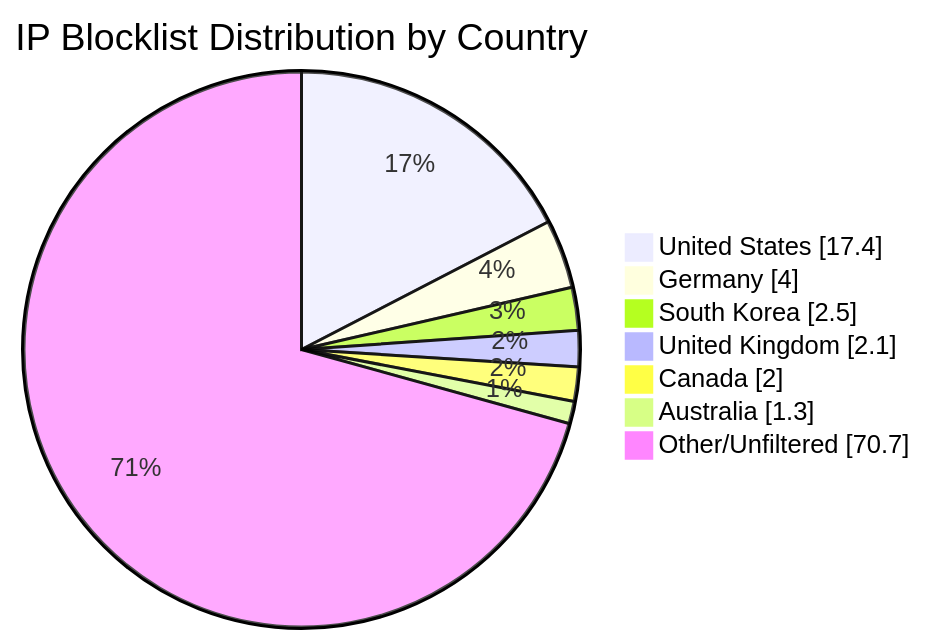
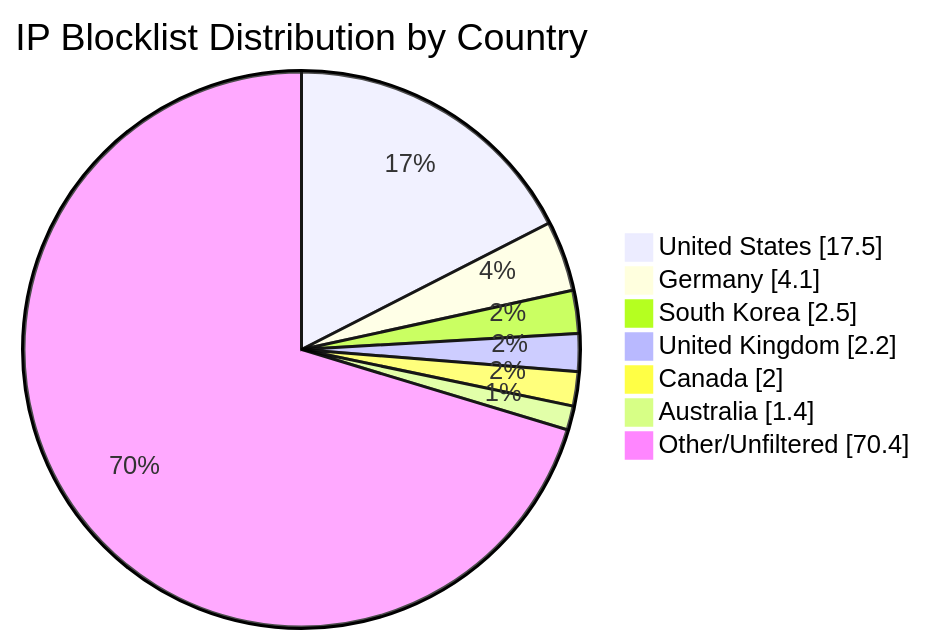
Before and after one commit to MarcusHoltz/ipblocklist-geofiltered-aggregator: the diagram in README.md, drawn with Mermaid. The commit also changed other lines of this file and 9 other files, not shown here.

````diff
--- a/README.md
+++ b/README.md
@@ -34,10 +34,10 @@
 ```mermaid
 pie showData title IP Blocklist Distribution by Country
-"United States" : 17.4
-"Germany" : 4.0
+"United States" : 17.5
+"Germany" : 4.1
 "South Korea" : 2.5
-"United Kingdom" : 2.1
+"United Kingdom" : 2.2
 "Canada" : 2.0
-"Australia" : 1.3
-"Other/Unfiltered" : 70.7
+"Australia" : 1.4
+"Other/Unfiltered" : 70.4
 ```
````
